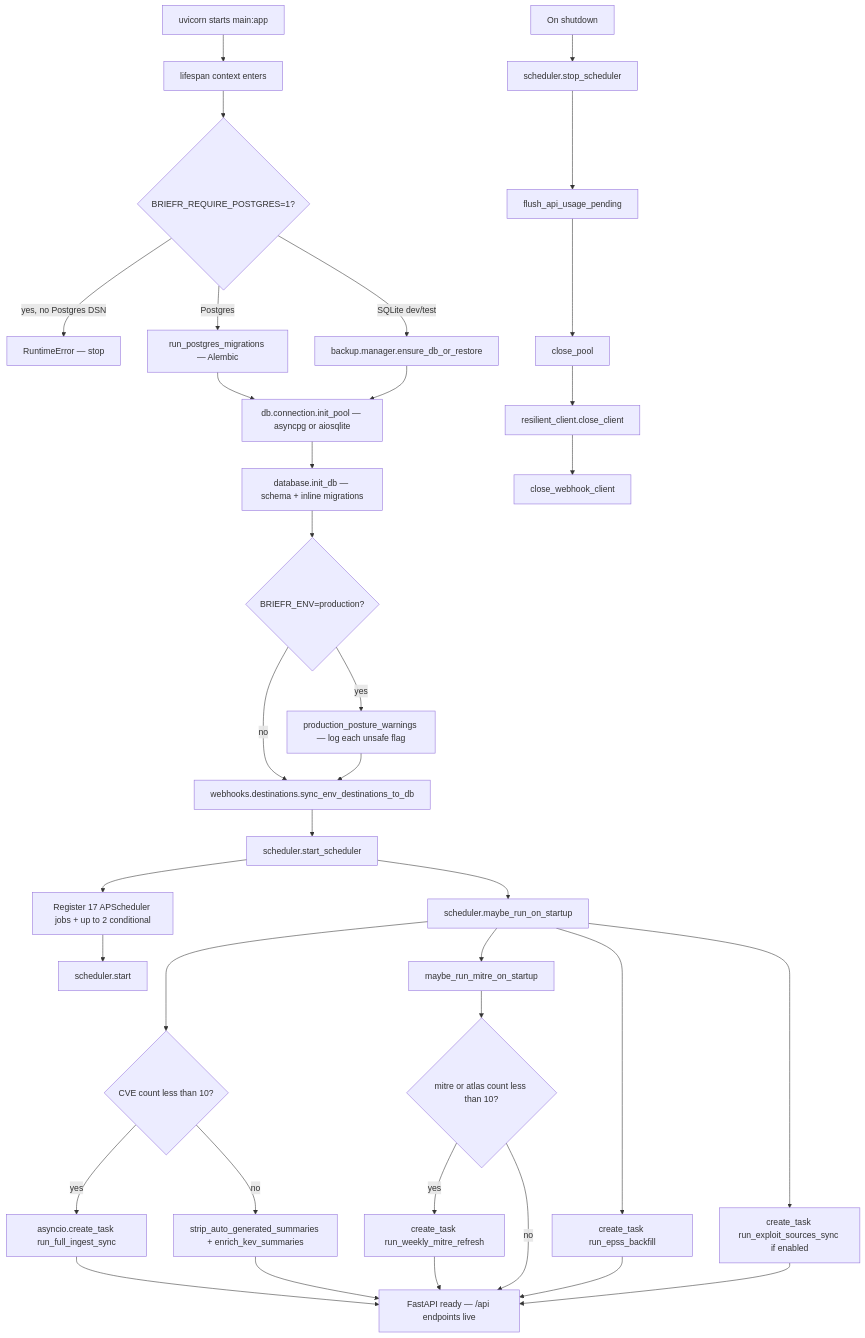
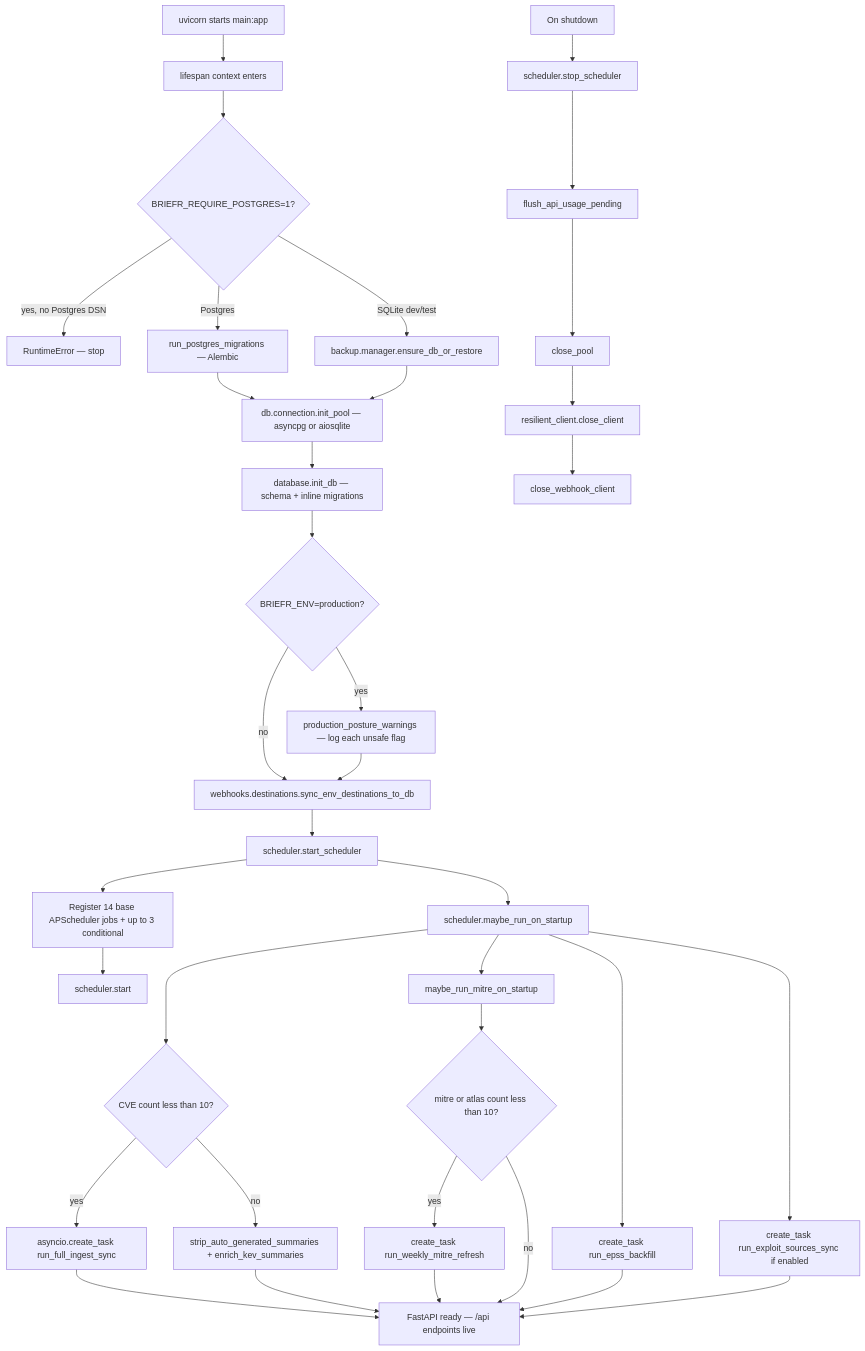
Before and after one commit to Soldier0x0/briefr: the diagram in docs/diagrams/startup.mermaid, drawn with Mermaid. The commit also changed 7 other files, not shown here.

First line of the commit message:
fix: address Gemini review on diagram PR (#268)

```diff
--- a/docs/diagrams/startup.mermaid
+++ b/docs/diagrams/startup.mermaid
@@ -1,37 +1,37 @@
 flowchart TD
   A[uvicorn starts main:app] --> B[lifespan context enters]
   B --> C{BRIEFR_REQUIRE_POSTGRES=1?}
   C -->|yes, no Postgres DSN| C_FAIL[RuntimeError — stop]
   C -->|Postgres| D1[run_postgres_migrations — Alembic]
   C -->|SQLite dev/test| D2[backup.manager.ensure_db_or_restore]
   D1 --> E[db.connection.init_pool — asyncpg or aiosqlite]
   D2 --> E
   E --> F[database.init_db — schema + inline migrations]
   F --> G{BRIEFR_ENV=production?}
   G -->|yes| G1[production_posture_warnings — log each unsafe flag]
   G -->|no| H
   G1 --> H[webhooks.destinations.sync_env_destinations_to_db]
   H --> I[scheduler.start_scheduler]
-  I --> I1[Register 17 APScheduler jobs + up to 2 conditional]
+  I --> I1[Register 14 base APScheduler jobs + up to 3 conditional]
   I1 --> I2[scheduler.start]
   I --> J[scheduler.maybe_run_on_startup]
   J --> J1{CVE count less than 10?}
   J1 -->|yes| J2[asyncio.create_task run_full_ingest_sync]
   J1 -->|no| J3[strip_auto_generated_summaries + enrich_kev_summaries]
   J --> K[maybe_run_mitre_on_startup]
   K --> K1{mitre or atlas count less than 10?}
   K1 -->|yes| K2[create_task run_weekly_mitre_refresh]
   J --> L[create_task run_epss_backfill]
   J --> M[create_task run_exploit_sources_sync if enabled]
   J2 --> N[FastAPI ready — /api endpoints live]
   J3 --> N
   K2 --> N
   K1 -->|no| N
   L --> N
   M --> N
 
   O[On shutdown] --> O1[scheduler.stop_scheduler]
   O1 --> O2[flush_api_usage_pending]
   O2 --> O3[close_pool]
   O3 --> O4[resilient_client.close_client]
   O4 --> O5[close_webhook_client]
```
